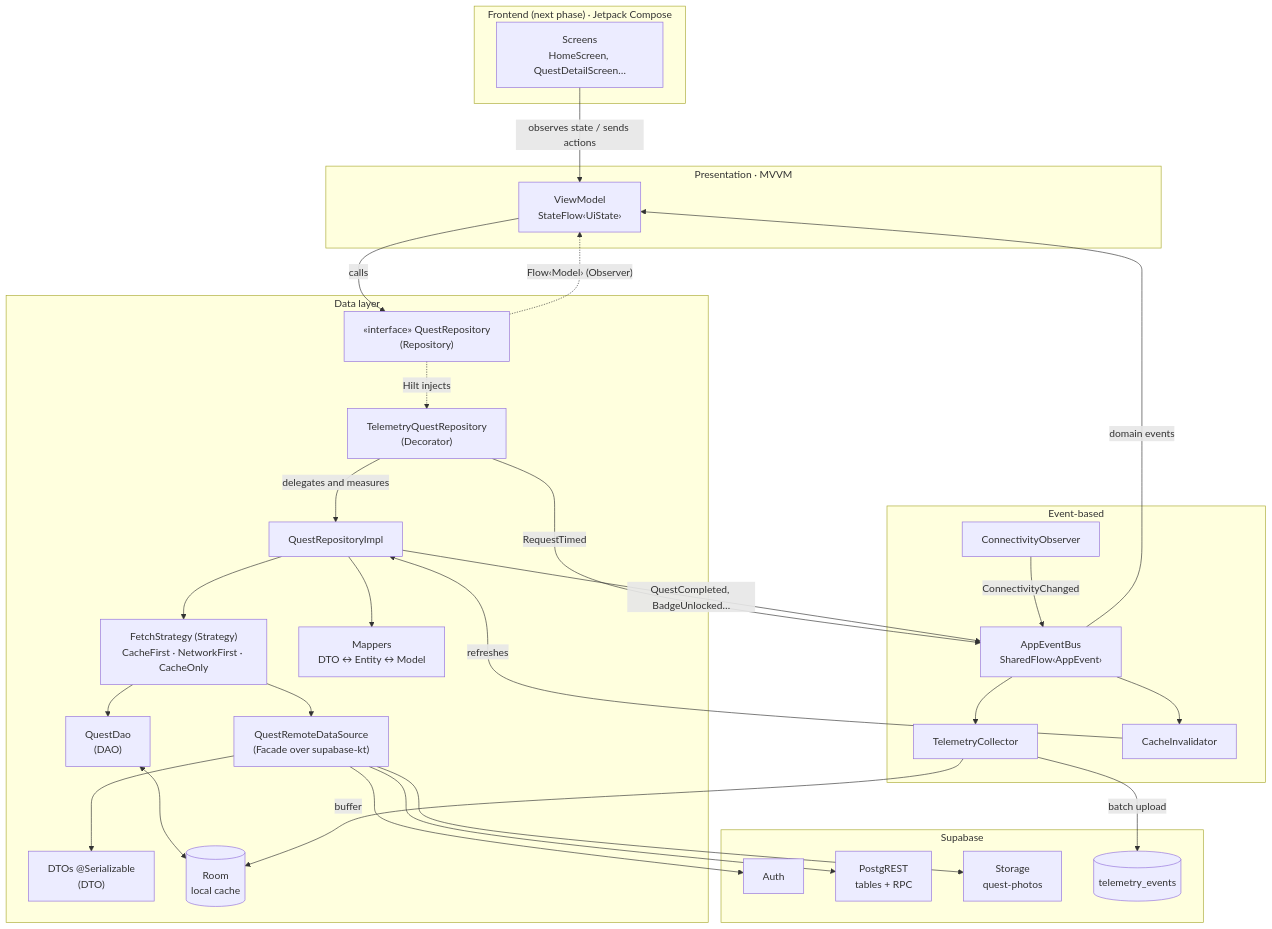
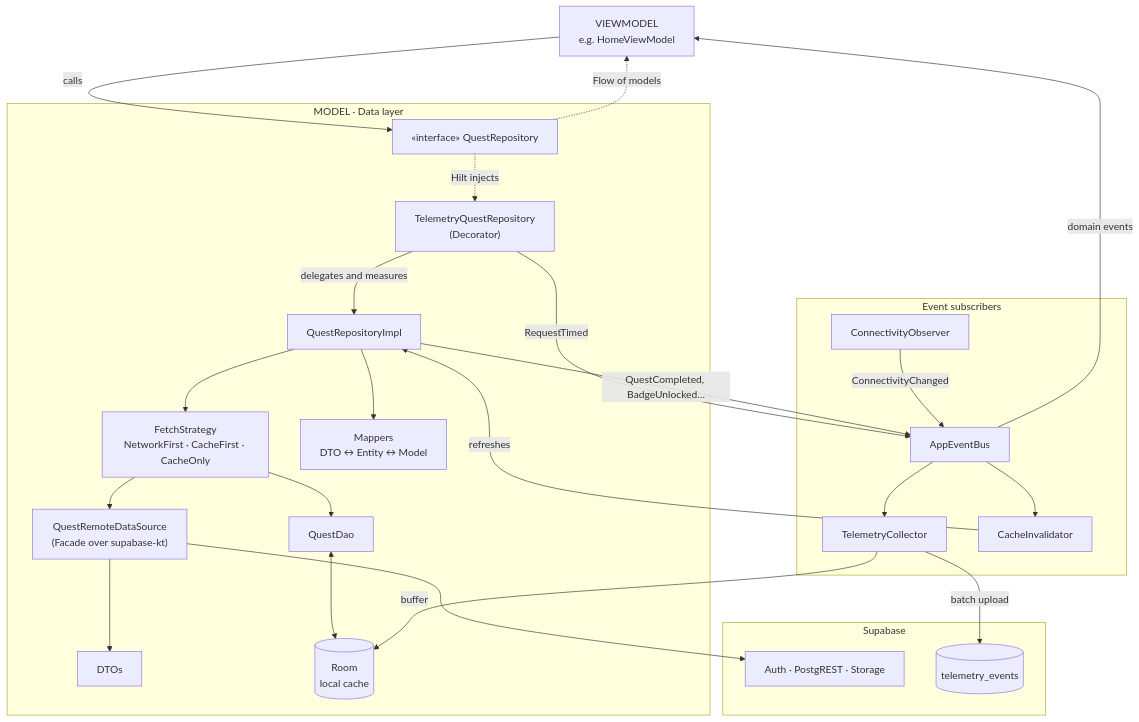
Before and after one commit to jdgutierrezr/wandr-android: the third of 6 diagrams in docs/ARCHITECTURE.md, drawn with Mermaid. The commit also changed other lines of this file and 13 other files, not shown here.

````diff
--- a/docs/ARCHITECTURE.md
+++ b/docs/ARCHITECTURE.md
@@ -8,59 +189,50 @@
 ```mermaid
 flowchart TB
-    subgraph UI["Frontend (next phase) · Jetpack Compose"]
-        Screen["Screens<br/>HomeScreen, QuestDetailScreen…"]
-    end
+    VM["VIEWMODEL<br/>e.g. HomeViewModel"]
 
-    subgraph PRES["Presentation · MVVM"]
-        VM["ViewModel<br/>StateFlow‹UiState›"]
-    end
-
-    subgraph DATA["Data layer"]
-        RepoI["«interface» QuestRepository<br/>(Repository)"]
+    subgraph DATA["MODEL · Data layer"]
+        RepoI["«interface» QuestRepository"]
         Deco["TelemetryQuestRepository<br/>(Decorator)"]
         Impl["QuestRepositoryImpl"]
-        Strat["FetchStrategy (Strategy)<br/>CacheFirst · NetworkFirst · CacheOnly"]
+        Strat["FetchStrategy<br/>NetworkFirst · CacheFirst · CacheOnly"]
         Mapper["Mappers<br/>DTO ↔ Entity ↔ Model"]
         Remote["QuestRemoteDataSource<br/>(Facade over supabase-kt)"]
-        DTO["DTOs @Serializable<br/>(DTO)"]
-        DAO["QuestDao<br/>(DAO)"]
+        DTO["DTOs"]
+        DAO["QuestDao"]
         Room[("Room<br/>local cache")]
     end
 
-    subgraph EVT["Event-based"]
-        Bus["AppEventBus<br/>SharedFlow‹AppEvent›"]
+    subgraph EVT["Event subscribers"]
+        Bus["AppEventBus"]
         Tel["TelemetryCollector"]
         Inv["CacheInvalidator"]
         Conn["ConnectivityObserver"]
     end
 
     subgraph SB["Supabase"]
-        Auth["Auth"]
-        API["PostgREST<br/>tables + RPC"]
-        Storage["Storage<br/>quest-photos"]
+        API["Auth · PostgREST · Storage"]
         TelT[("telemetry_events")]
     end
 
-    Screen -->|"observes state / sends actions"| VM
     VM -->|"calls"| RepoI
-    RepoI -.->|"Flow‹Model› (Observer)"| VM
+    RepoI -.->|"Flow of models"| VM
     RepoI -.->|"Hilt injects"| Deco
     Deco -->|"delegates and measures"| Impl
     Impl --> Strat
     Impl --> Mapper
     Strat --> DAO
     Strat --> Remote
     DAO <--> Room
     Remote --> DTO
-    Remote --> Auth & API & Storage
+    Remote --> API
 
     Deco -->|"RequestTimed"| Bus
     Impl -->|"QuestCompleted, BadgeUnlocked…"| Bus
     Conn -->|"ConnectivityChanged"| Bus
     Bus --> Tel
     Bus --> Inv
     Bus -->|"domain events"| VM
     Inv -->|"refreshes"| Impl
     Tel -->|"buffer"| Room
     Tel -->|"batch upload"| TelT
 ```
````
